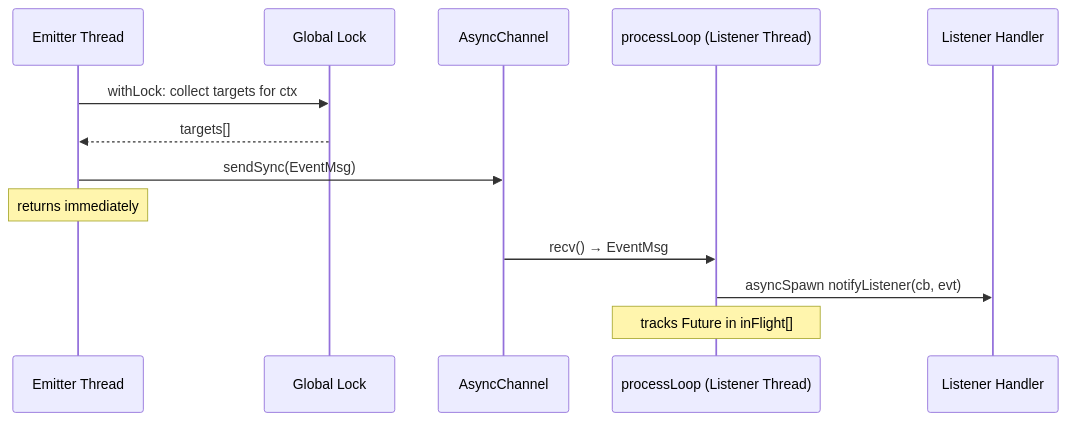
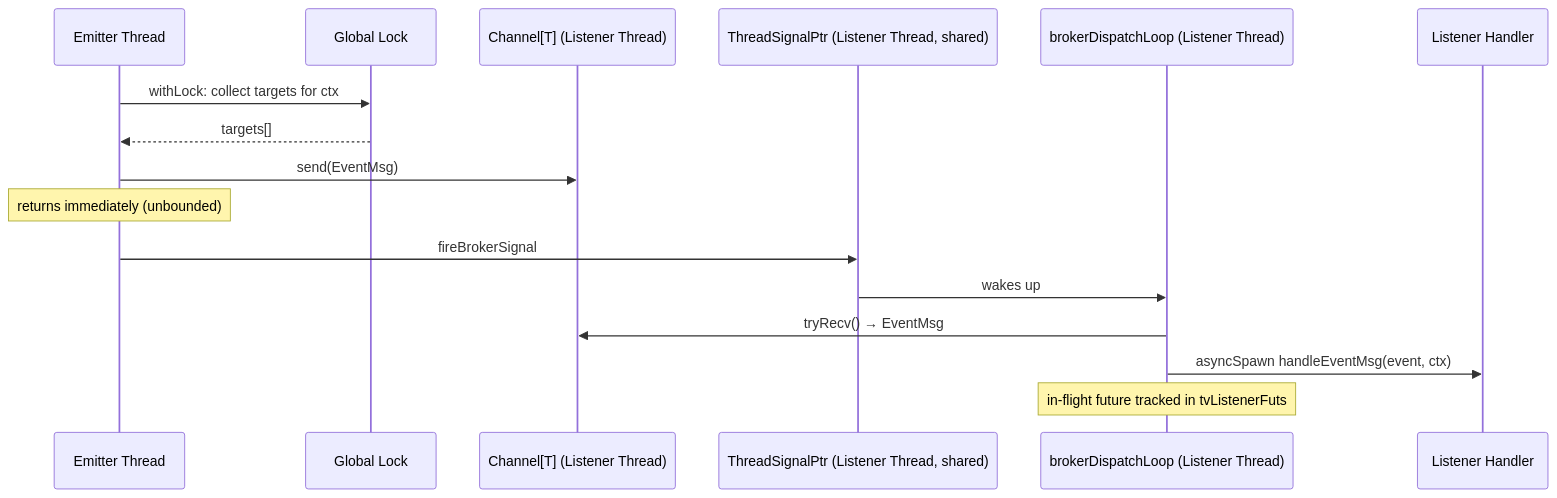
The first of 3 diagrams in doc/MultiThread_EventBroker.md (NagyZoltanPeter/nim-brokers), drawn with Mermaid before and after one commit. The commit also changed other lines of this file and 4 other files, not shown here.

````diff
--- a/doc/MultiThread_EventBroker.md
+++ b/doc/MultiThread_EventBroker.md
@@ -180,17 +178,20 @@
 ```mermaid
 sequenceDiagram
     participant E as Emitter Thread
     participant L as Global Lock
-    participant C as AsyncChannel
-    participant P as processLoop (Listener Thread)
+    participant C as Channel[T] (Listener Thread)
+    participant S as ThreadSignalPtr (Listener Thread, shared)
+    participant DL as brokerDispatchLoop (Listener Thread)
     participant H as Listener Handler
 
     E->>L: withLock: collect targets for ctx
     L-->>E: targets[]
-    E->>C: sendSync(EventMsg)
-    Note over E: returns immediately
+    E->>C: send(EventMsg)
+    Note over E: returns immediately (unbounded)
+    E->>S: fireBrokerSignal
 
-    C->>P: recv() → EventMsg
-    P->>H: asyncSpawn notifyListener(cb, evt)
-    Note over P: tracks Future in inFlight[]
+    S->>DL: wakes up
+    DL->>C: tryRecv() → EventMsg
+    DL->>H: asyncSpawn handleEventMsg(event, ctx)
+    Note over DL: in-flight future tracked in tvListenerFuts
 ```
````
